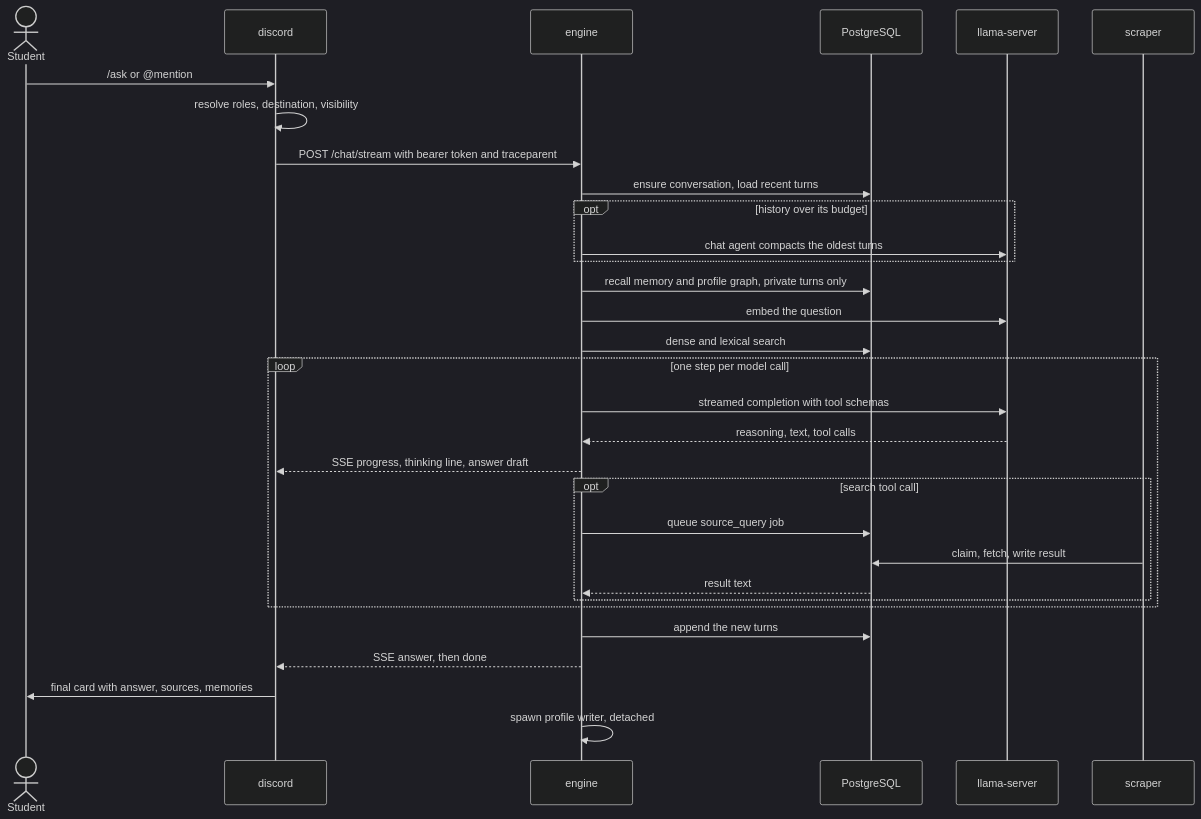
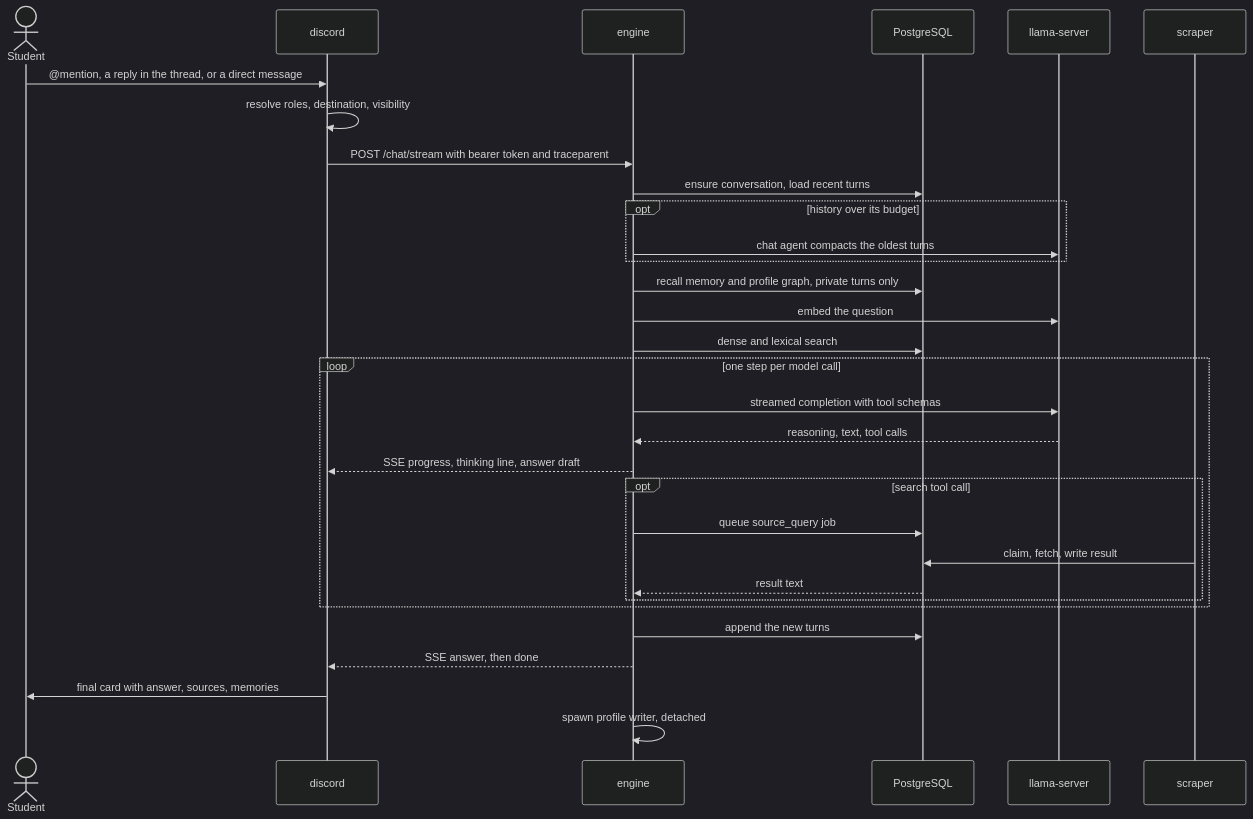
Before and after one commit to ashworks1706/SparkyAI: the third of 10 diagrams in docs/ARCHITECTURE.md, drawn with Mermaid (dark theme). The commit also changed other lines of this file and 20 other files, not shown here.

First line of the commit message:
Make a thread the conversation instead of repeating /ask

````diff
--- a/docs/ARCHITECTURE.md
+++ b/docs/ARCHITECTURE.md
@@ -266,34 +266,34 @@
 ```mermaid
 sequenceDiagram
     actor U as Student
     participant B as discord
     participant E as engine
     participant PG as PostgreSQL
     participant M as llama-server
     participant S as scraper
 
-    U->>B: /ask or @mention
+    U->>B: @mention, a reply in the thread, or a direct message
     B->>B: resolve roles, destination, visibility
     B->>E: POST /chat/stream with bearer token and traceparent
     E->>PG: ensure conversation, load recent turns
     opt history over its budget
         E->>M: chat agent compacts the oldest turns
     end
     E->>PG: recall memory and profile graph, private turns only
     E->>M: embed the question
     E->>PG: dense and lexical search
     loop one step per model call
         E->>M: streamed completion with tool schemas
         M-->>E: reasoning, text, tool calls
         E-->>B: SSE progress, thinking line, answer draft
         opt search tool call
             E->>PG: queue source_query job
             S->>PG: claim, fetch, write result
             PG-->>E: result text
         end
     end
     E->>PG: append the new turns
     E-->>B: SSE answer, then done
     B->>U: final card with answer, sources, memories
     E->>E: spawn profile writer, detached
 ```
````
